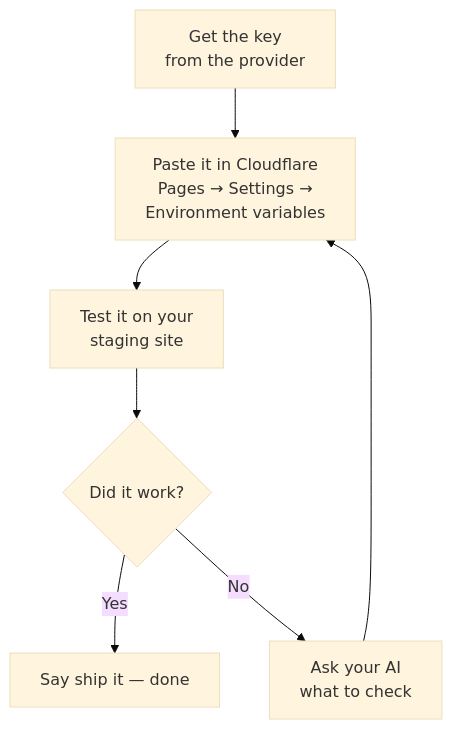
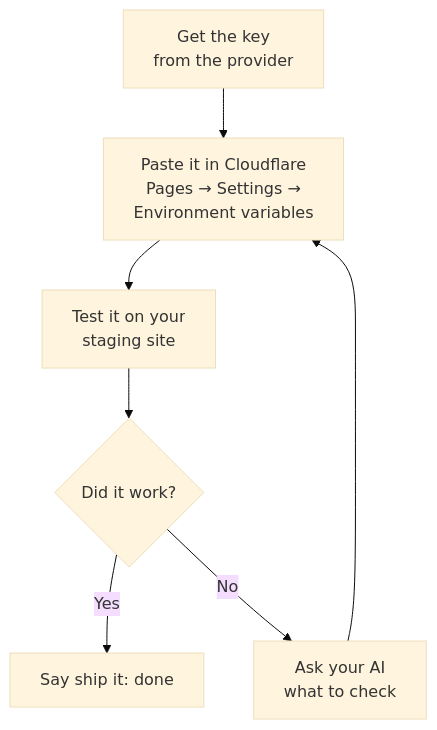
The diagram in template/docs/api-keys.md (Zer0Cool79/main-street), drawn with Mermaid (base theme) before and after one commit. The commit also changed other lines of this file and 36 other files, not shown here.

````diff
--- a/template/docs/api-keys.md
+++ b/template/docs/api-keys.md
@@ -14,9 +14,9 @@
 ```mermaid
 flowchart TD
     A[Get the key<br/>from the provider] --> B[Paste it in Cloudflare<br/>Pages → Settings →<br/>Environment variables]
     B --> C[Test it on your<br/>staging site]
     C --> D{Did it work?}
-    D -- Yes --> E[Say ship it — done]
+    D -- Yes --> E[Say ship it: done]
     D -- No --> F[Ask your AI<br/>what to check]
     F --> B
 ```
````
